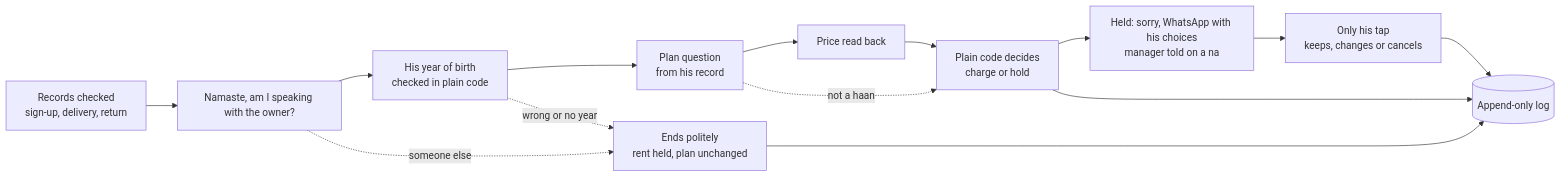
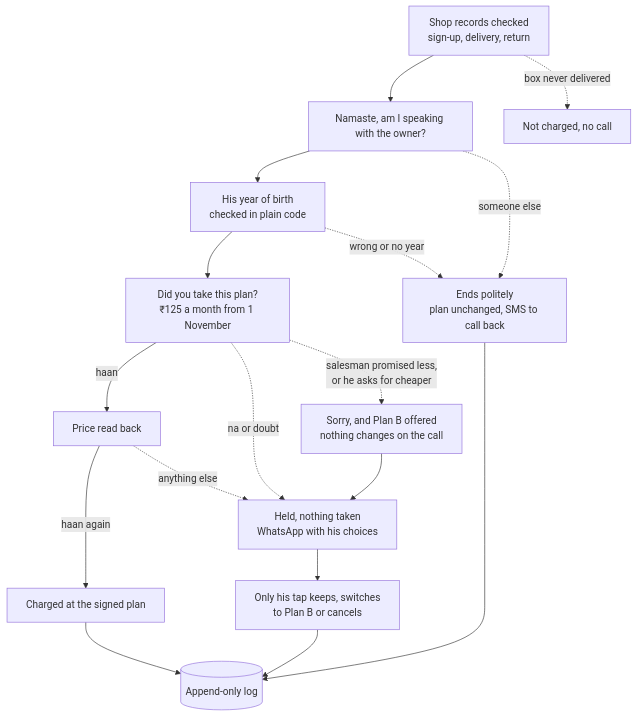
Before and after one commit to vyagh/paytm-soundbox-settled: the diagram in README.md, drawn with Mermaid. The commit also changed other lines of this file and 1 other file, not shown here.

Commit message:
readme: call screen up top, diagram, tables, details for the deep parts

````diff
--- a/README.md
+++ b/README.md
@@ -19,16 +29,19 @@
 ```mermaid
-flowchart LR
-    A["Records checked<br/>sign-up, delivery, return"] --> C["Namaste, am I speaking with the owner?"]
-    C --> D["His year of birth<br/>checked in plain code"]
-    D --> E["Plan question<br/>from his record"]
-    E --> F["Price read back"]
-    F --> G["Plain code decides<br/>charge or hold"]
-    E -. not a haan .-> G
-    C -. someone else .-> X["Ends politely<br/>rent held, plan unchanged"]
-    D -. wrong or no year .-> X
-    G --> H["Held: sorry, WhatsApp with his choices<br/>manager told on a na"]
-    H --> I["Only his tap<br/>keeps, changes or cancels"]
-    G --> L[("Append-only log")]
+flowchart TD
+    A["Shop records checked<br/>sign-up, delivery, return"] --> B["Namaste, am I speaking with the owner?"]
+    A -. box never delivered .-> N["Not charged, no call"]
+    B --> C["His year of birth<br/>checked in plain code"]
+    C --> D["Did you take this plan?<br/>₹125 a month from 1 November"]
+    D -- haan --> E["Price read back"]
+    E -- haan again --> F["Charged at the signed plan"]
+    D -. "na or doubt" .-> H["Held, nothing taken<br/>WhatsApp with his choices"]
+    E -. anything else .-> H
+    D -. "salesman promised less,<br/>or he asks for cheaper" .-> P["Sorry, and Plan B offered<br/>nothing changes on the call"]
+    P --> H
+    H --> T["Only his tap keeps, switches<br/>to Plan B or cancels"]
+    B -. someone else .-> X["Ends politely<br/>plan unchanged, SMS to call back"]
+    C -. wrong or no year .-> X
+    F --> L[("Append-only log")]
+    T --> L
     X --> L
-    I --> L
 ```
````
